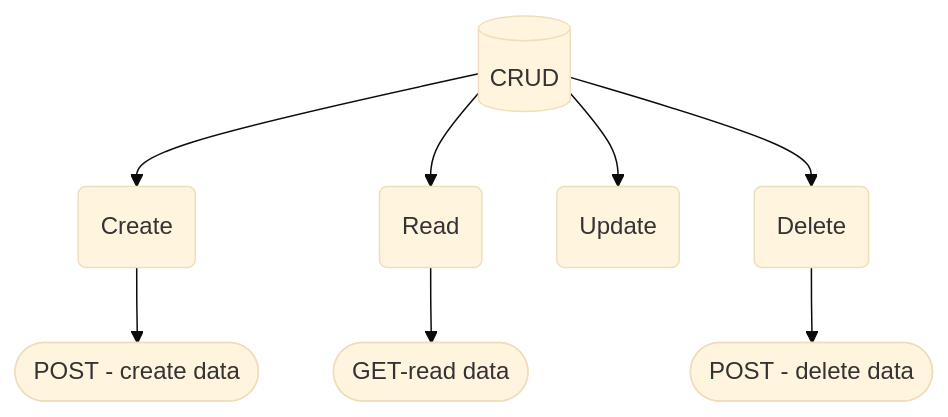
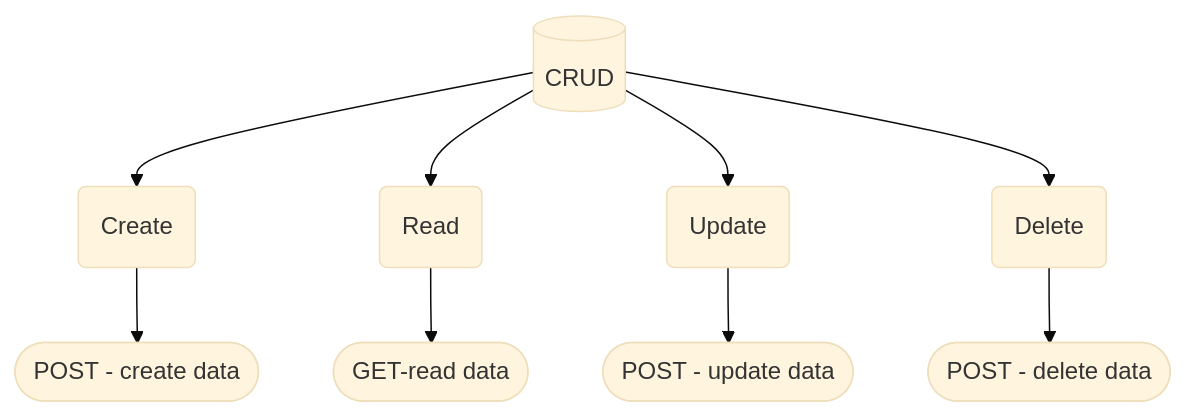
Before and after one commit to shrsyc/google_sheets_DB: the diagram in README.md, drawn with Mermaid (base theme).

````diff
--- a/README.md
+++ b/README.md
@@ -5,10 +5,11 @@
 ```mermaid
 graph TD;
     id1[(CRUD)]-->id2(Create);
     id1-->id3(Read);
     id1-->id4(Update);
     id1-->id5(Delete);
     id3-->id6([GET-read data]);
     id2-->id7([POST - create data]);
-    id5-->id8([POST - delete data])
+    id5-->id8([POST - delete data]);
+    id4-->id9([POST - update data]);
 ```
````
